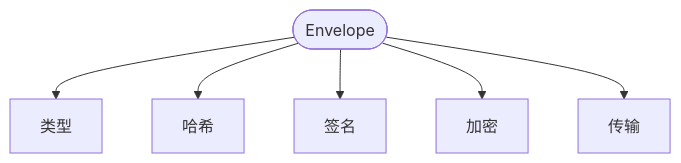
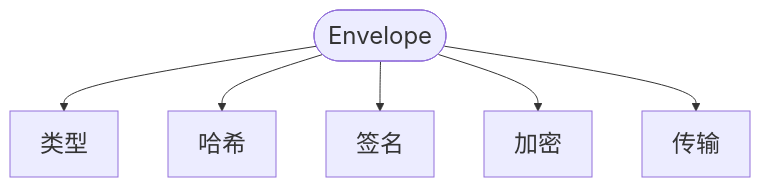
Before and after one commit to claw-network/clawnet: the first of 7 diagrams in packages/docs/content/docs/getting-started/core-concepts/deliverables.zh.md, drawn with Mermaid. The commit also changed other lines of this file and 1 other file, not shown here.

Commit message:
feat: enhance deliverables documentation with improved flowcharts and visual elements for clarity

````diff
--- a/packages/docs/content/docs/getting-started/core-concepts/deliverables.zh.md
+++ b/packages/docs/content/docs/getting-started/core-concepts/deliverables.zh.md
@@ -42,4 +42,5 @@
 ```mermaid
+%%{init: {'themeVariables': {'fontSize': '24px'}}}%%
 flowchart TD
     A([Envelope]) --> B[类型] & C[哈希] & D[签名] & E[加密] & F[传输]
 ```
````
